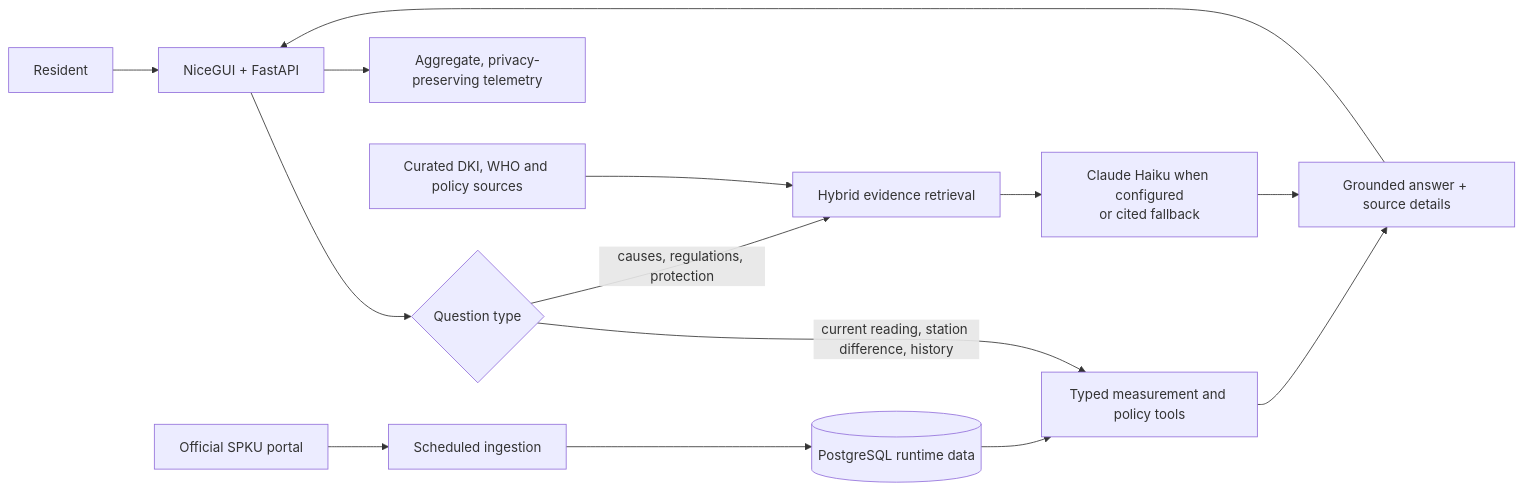
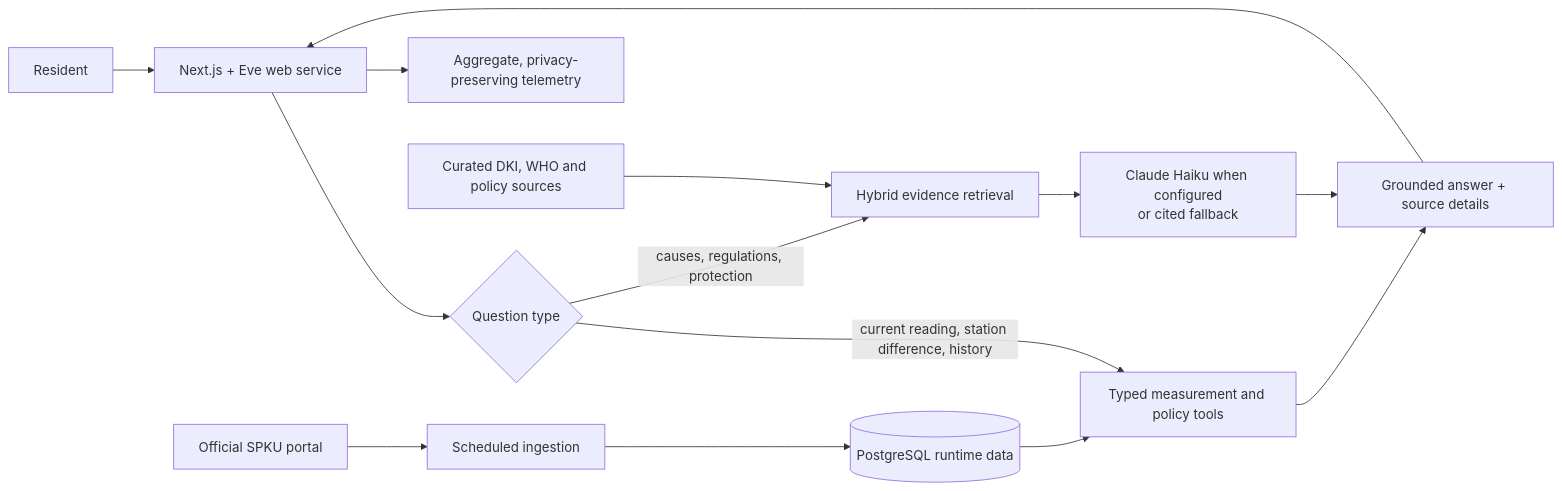
Before and after one commit to aasnani/napas-jakarta: the diagram in README.md, drawn with Mermaid. The commit also changed other lines of this file and 24 other files, not shown here.

```diff
--- a/README.md
+++ b/README.md
@@ -71,16 +71,16 @@
 ~~~mermaid
 flowchart LR
-  U[Resident] --> W[NiceGUI + FastAPI]
+  U[Resident] --> W[Next.js + Eve web service]
   W --> R{Question type}
   R -->|current reading, station difference, history| T[Typed measurement and policy tools]
   R -->|causes, regulations, protection| H[Hybrid evidence retrieval]
   S[Official SPKU portal] --> I[Scheduled ingestion]
   I --> P[(PostgreSQL runtime data)]
   P --> T
   D[Curated DKI, WHO and policy sources] --> H
   T --> A[Grounded answer + source details]
   H --> L[Claude Haiku when configured<br/>or cited fallback]
   L --> A
   A --> W
   W --> M[Aggregate, privacy-preserving telemetry]
 ~~~
```
